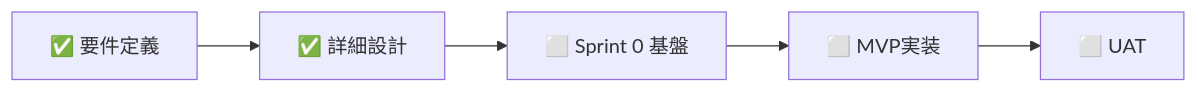
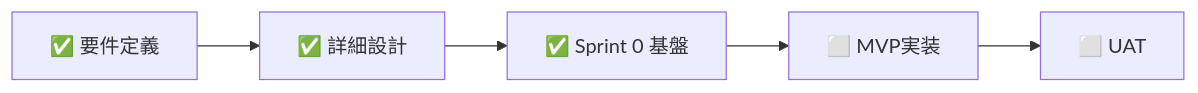
Before and after one commit to Kensan196948G/Civil-Terrain-Slope-Risk-Viewer: the fifth of 5 diagrams in README.md, drawn with Mermaid. The commit also changed other lines of this file and 123 other files, not shown here.

````diff
--- a/README.md
+++ b/README.md
@@ -140,4 +150,4 @@
 ```mermaid
 flowchart LR
-    R["✅ 要件定義"] --> D["✅ 詳細設計"] --> S0["⬜ Sprint 0 基盤"] --> MVP["⬜ MVP実装"] --> UAT["⬜ UAT"]
+    R["✅ 要件定義"] --> D["✅ 詳細設計"] --> S0["✅ Sprint 0 基盤"] --> MVP["⬜ MVP実装"] --> UAT["⬜ UAT"]
 ```
````
